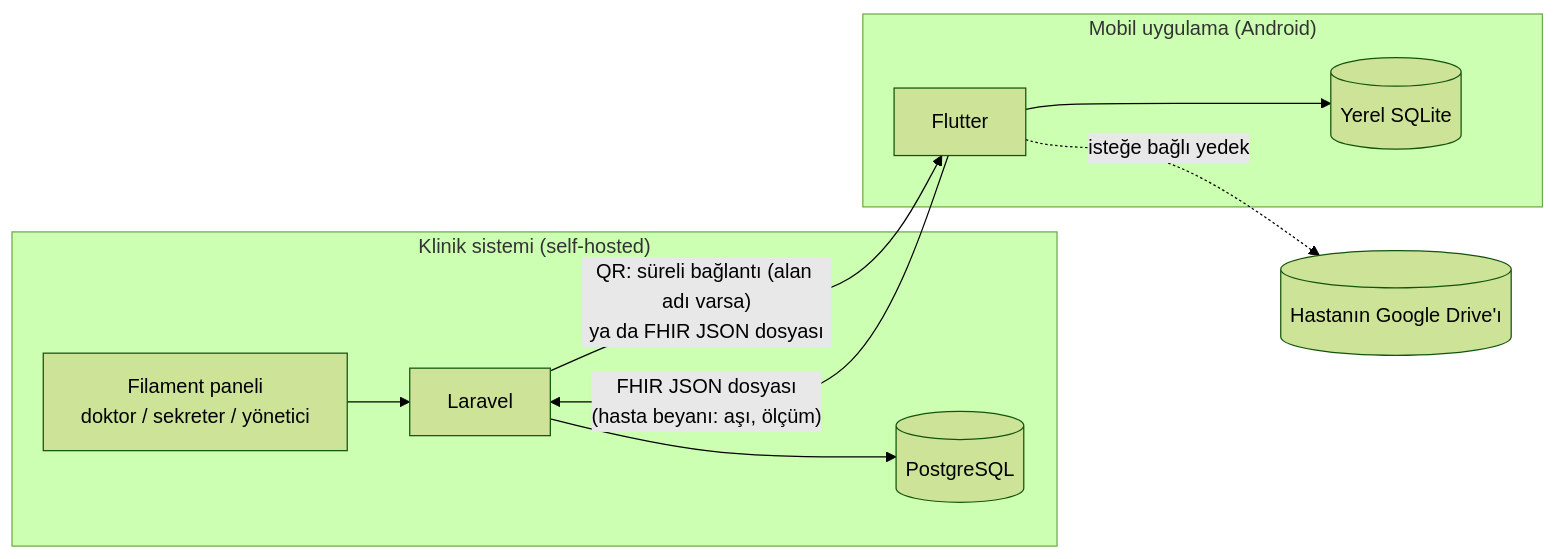
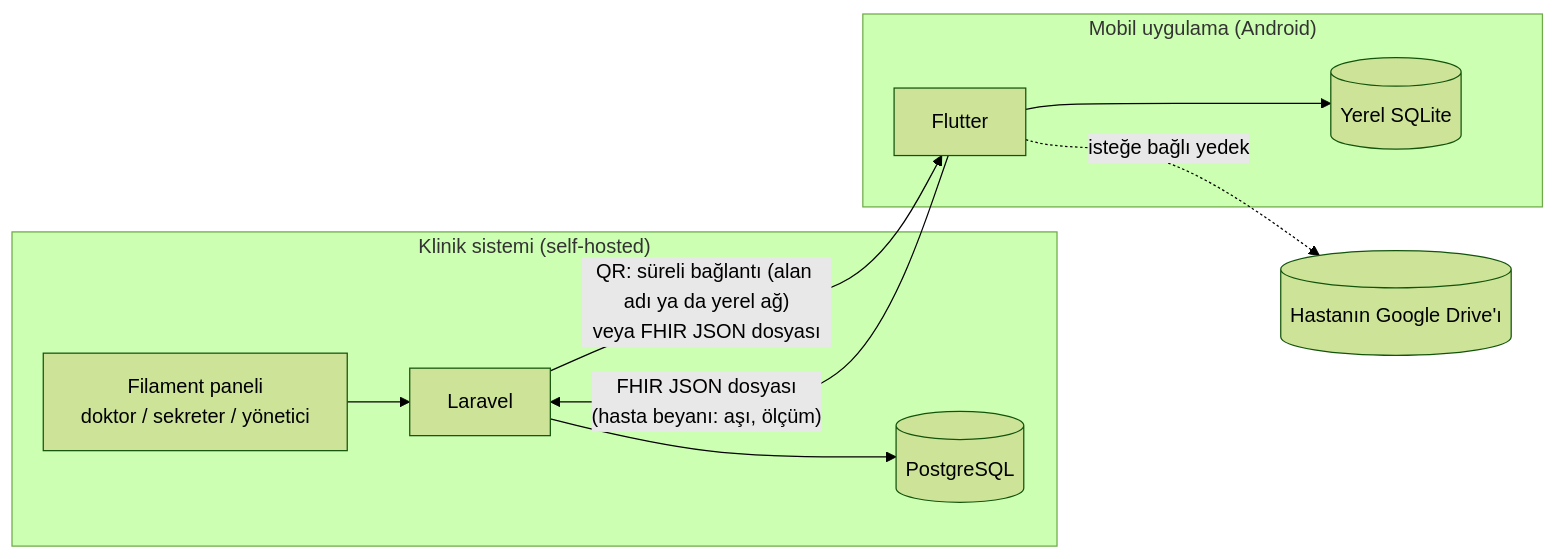
One commit to cengizonkal/lokman changed the diagram in docs/PLAN.md. Above: the diagram before and after it, drawn with Mermaid (forest theme). The commit also changed other lines of this file and 2 other files, not shown here.

First line of the commit message:
Plan: yerel ağ QR'ı, TİTCK ilaç listesi, MIT lisansı

````diff
--- a/docs/PLAN.md
+++ b/docs/PLAN.md
@@ -12,13 +12,13 @@
 ```mermaid
 flowchart LR
   subgraph Klinik["Klinik sistemi (self-hosted)"]
     P[Filament paneli<br/>doktor / sekreter / yönetici] --> L[Laravel]
     L --> DB[(PostgreSQL)]
   end
   subgraph Telefon["Mobil uygulama (Android)"]
     A[Flutter] --> S[(Yerel SQLite)]
   end
-  L -- "QR: süreli bağlantı (alan adı varsa)<br/>ya da FHIR JSON dosyası" --> A
+  L -- "QR: süreli bağlantı (alan adı ya da yerel ağ)<br/>veya FHIR JSON dosyası" --> A
   A -- "FHIR JSON dosyası<br/>(hasta beyanı: aşı, ölçüm)" --> L
   A -. "isteğe bağlı yedek" .-> G[(Hastanın Google Drive'ı)]
 ```
````
